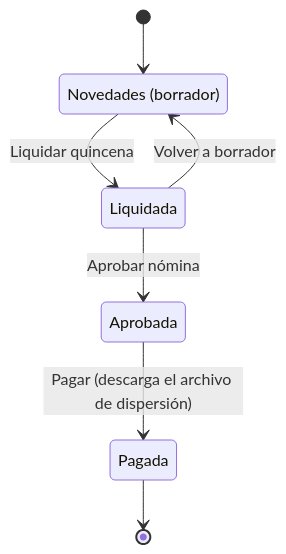
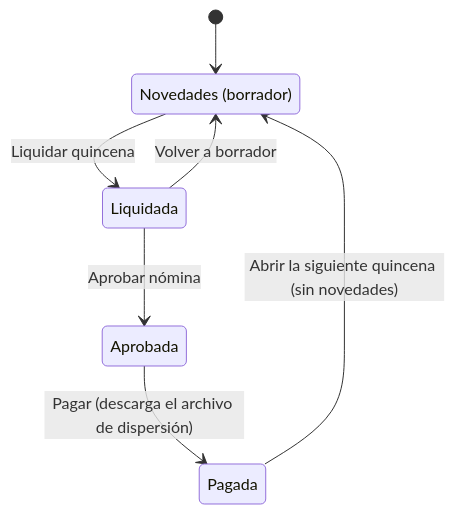
The second of 4 diagrams in docs/wiki/Guia-Demo-hrms.md (ronalc90/koptup), drawn with Mermaid before and after one commit. The commit also changed other lines of this file and 35 other files, not shown here.

````diff
--- a/docs/wiki/Guia-Demo-hrms.md
+++ b/docs/wiki/Guia-Demo-hrms.md
@@ -136,13 +151,13 @@
 ```mermaid
 stateDiagram-v2
     state "Novedades (borrador)" as B
     state "Liquidada" as L
     state "Aprobada" as A
     state "Pagada" as P
     [*] --> B
     B --> L: Liquidar quincena
     L --> B: Volver a borrador
     L --> A: Aprobar nómina
     A --> P: Pagar (descarga el archivo de dispersión)
-    P --> [*]
+    P --> B: Abrir la siguiente quincena (sin novedades)
 ```
````
